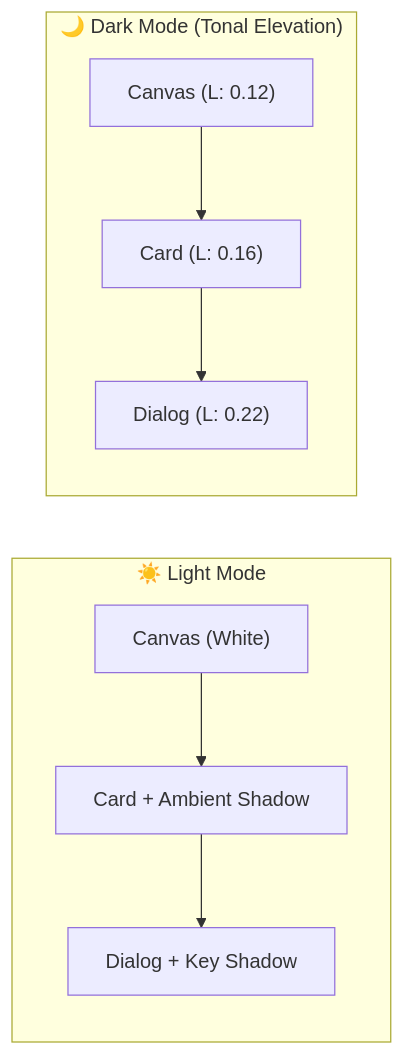
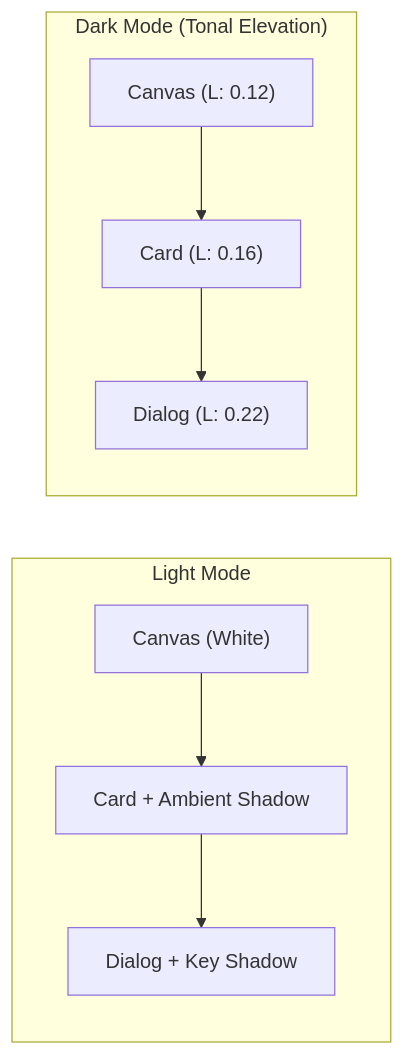
One commit to alph-a07/basis changed the diagram in docs/docs-site/src/content/docs/theming/theme-mode.mdx. Above: the diagram before and after it, drawn with Mermaid. The commit also changed 8 other files, not shown here.

Commit message:
fix(docs): resolve mermaid code block selector and render interactive diagrams

````diff
--- a/docs/docs-site/src/content/docs/theming/theme-mode.mdx
+++ b/docs/docs-site/src/content/docs/theming/theme-mode.mdx
@@ -11,16 +11,16 @@
 ```mermaid
 flowchart LR
-    subgraph Light["☀️ Light Mode"]
+    subgraph Light["Light Mode"]
         L1["Canvas (White)"]
         L2["Card + Ambient Shadow"]
         L3["Dialog + Key Shadow"]
         L1 --> L2 --> L3
     end
 
-    subgraph Dark["🌙 Dark Mode (Tonal Elevation)"]
+    subgraph Dark["Dark Mode (Tonal Elevation)"]
         D1["Canvas (L: 0.12)"]
         D2["Card (L: 0.16)"]
         D3["Dialog (L: 0.22)"]
         D1 --> D2 --> D3
     end
 ```
````
